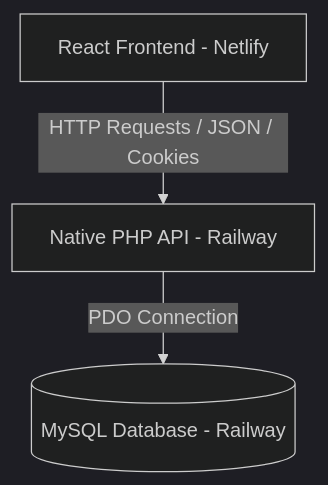
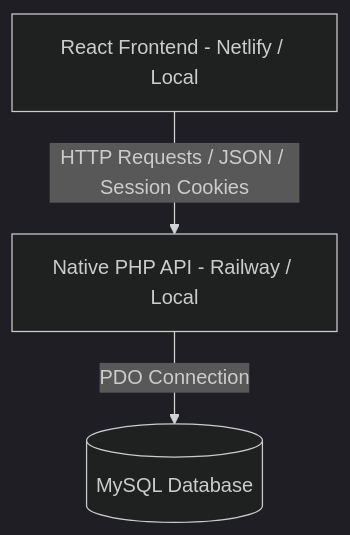
One commit to Wezz2806/gas-website changed the first of 3 diagrams in SPESIFIKASI_WEBSITE.md. Above: the diagram before and after it, drawn with Mermaid (dark theme). The commit also changed other lines of this file and 44 other files, not shown here.

First line of the commit message:
feat: implement multi-room architecture, class content management, and localized evaluations

````diff
--- a/SPESIFIKASI_WEBSITE.md
+++ b/SPESIFIKASI_WEBSITE.md
@@ -37,5 +38,5 @@
 ```mermaid
 graph TD
-    Client[React Frontend - Netlify] -->|HTTP Requests / JSON / Cookies| API[Native PHP API - Railway]
-    API -->|PDO Connection| DB[(MySQL Database - Railway)]
+    Client[React Frontend - Netlify / Local] -->|HTTP Requests / JSON / Session Cookies| API[Native PHP API - Railway / Local]
+    API -->|PDO Connection| DB[(MySQL Database)]
 ```
````
